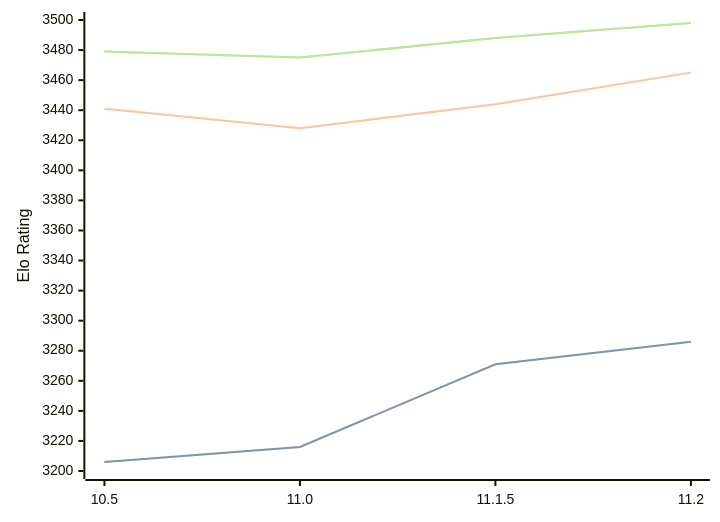
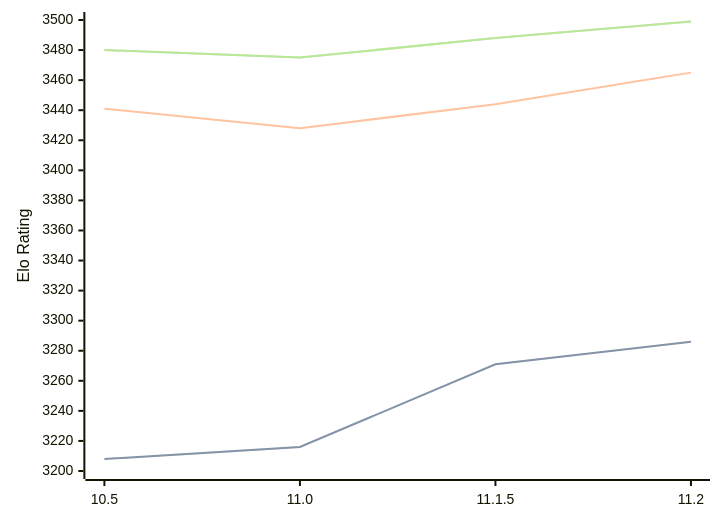
The third of 3 diagrams in engines/Lizard.md (computer-chess-index/cci), drawn with Mermaid before and after one commit. The commit also changed other lines of this file, not shown here.

Commit message:
Update CCI Ratings (ELO VLTC) - 2026-06-21

````diff
--- a/engines/Lizard.md
+++ b/engines/Lizard.md
@@ -79,11 +79,11 @@
 ```mermaid
 %%{init: {"theme":"base","themeVariables":{"seriesColors:['#a3a3a3','#222221','#faa371']}}}%%
 xychart-beta
   x-axis ["10.5", "11.0", "11.1.5", "11.2"]
   y-axis "Elo Rating" 3200 --> 3500
-  line "STC (8.0+0.08s)" [3206, 3216, 3271, 3286]
-  line "STC (8.0+0.08s)" [3206, 3216, 3271, 3286]
+  line "STC (8.0+0.08s)" [3208, 3216, 3271, 3286]
+  line "STC (8.0+0.08s)" [3208, 3216, 3271, 3286]
   line "LTC (60.0+0.60s)" [3441, 3428, 3444, 3465]
-  line "VLTC (2m24s+1.12s)" [3479, 3475, 3488, 3498]
-  line "VLTC (2m24s+1.12s)" [3479, 3475, 3488, 3498]
+  line "VLTC (2m24s+1.12s)" [3480, 3475, 3488, 3499]
+  line "VLTC (2m24s+1.12s)" [3480, 3475, 3488, 3499]
 ```
````
